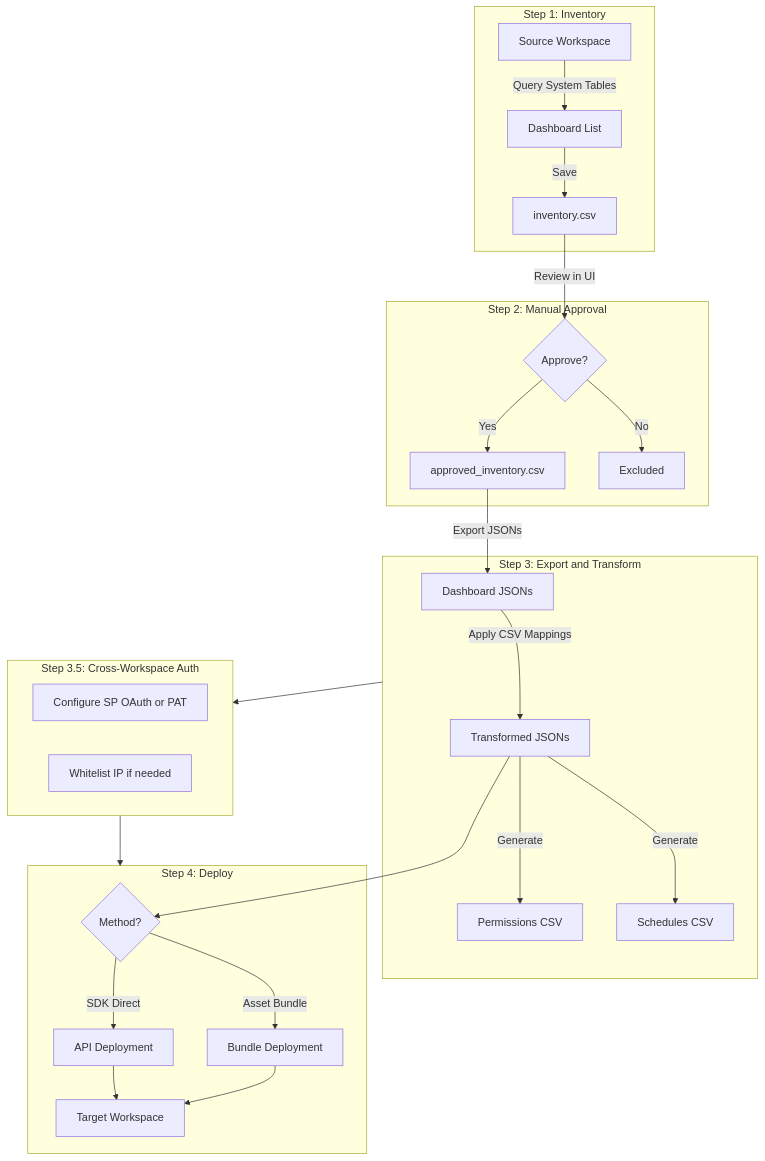
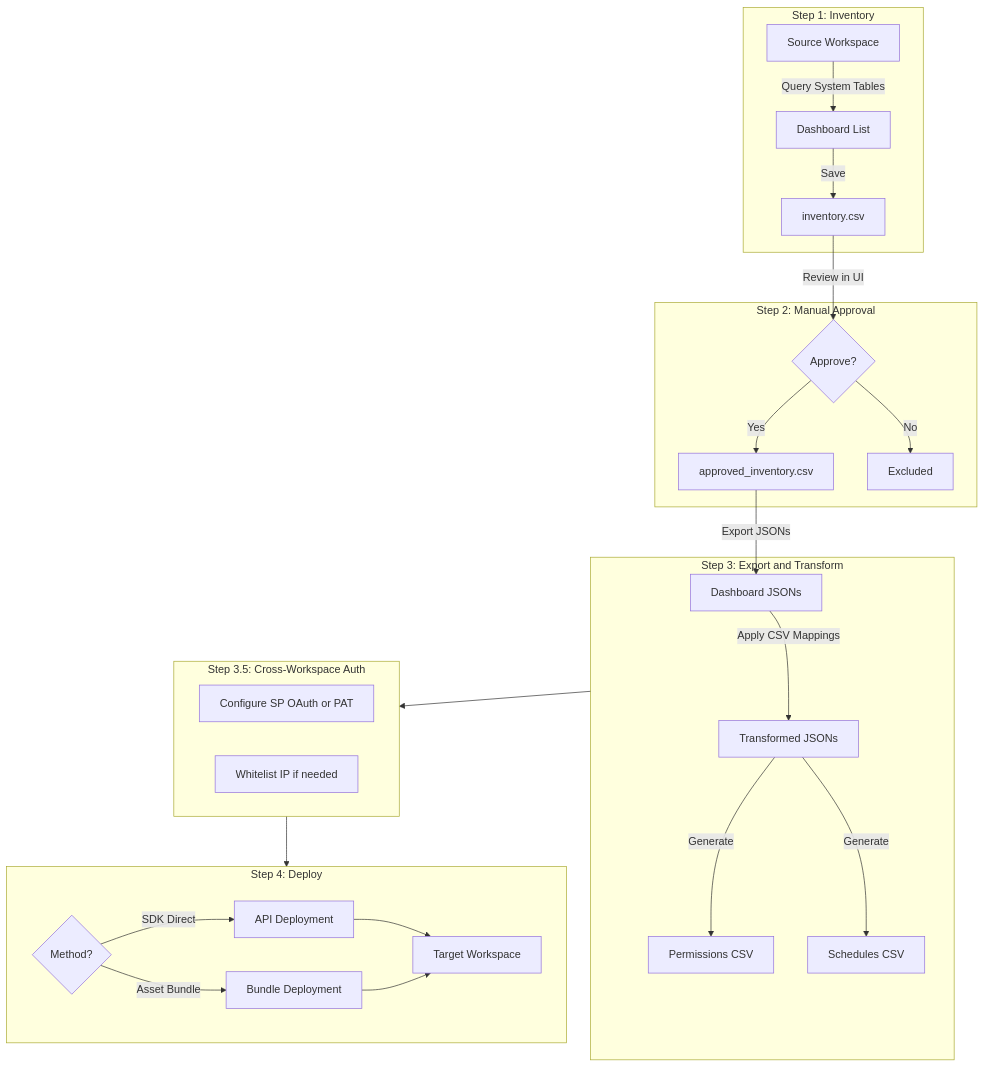
The third of 3 diagrams in README.md (archana986/databricks-dashboard-migration), drawn with Mermaid before and after one commit. The commit also changed other lines of this file and 4 other files, not shown here.

````diff
--- a/README.md
+++ b/README.md
@@ -231,36 +235,36 @@
 ```mermaid
 flowchart TD
     subgraph step1 [Step 1: Inventory]
         A[Source Workspace] -->|Query System Tables| B[Dashboard List]
         B -->|Save| C[inventory.csv]
     end
     
     subgraph step2 [Step 2: Manual Approval]
         C -->|Review in UI| D{Approve?}
         D -->|Yes| E[approved_inventory.csv]
         D -->|No| F[Excluded]
     end
     
     subgraph step3 [Step 3: Export and Transform]
         E -->|Export JSONs| G[Dashboard JSONs]
         G -->|Apply CSV Mappings| H[Transformed JSONs]
         H -->|Generate| I[Permissions CSV]
         H -->|Generate| J[Schedules CSV]
     end
     
     subgraph auth [Step 3.5: Cross-Workspace Auth]
         K[Configure SP OAuth or PAT]
         L[Whitelist IP if needed]
     end
     
     subgraph step4 [Step 4: Deploy]
-        H --> M{Method?}
+        M{Method?}
         M -->|SDK Direct| N[API Deployment]
         M -->|Asset Bundle| O[Bundle Deployment]
         N --> P[Target Workspace]
         O --> P
     end
     
     step3 --> auth
     auth --> step4
 ```
````
